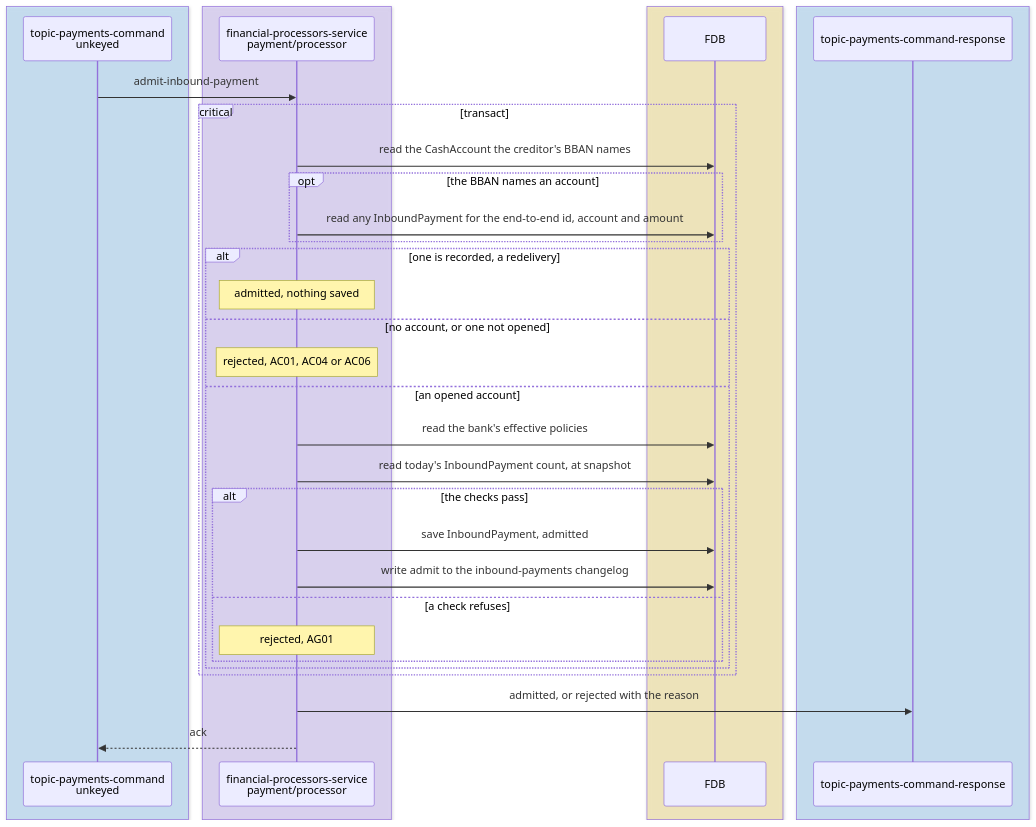
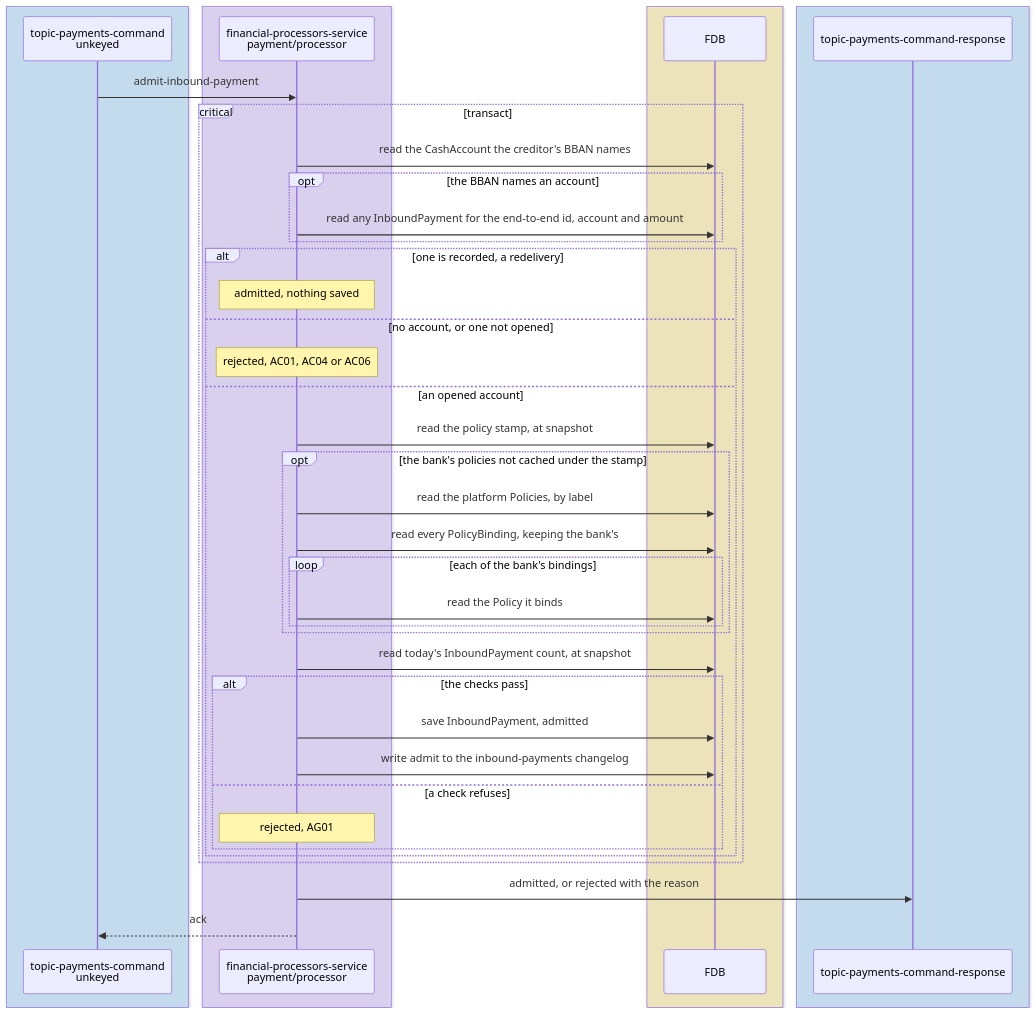
The tenth of 15 diagrams in docs/tdd/payments-inbound.md (repldriven/queenswood), drawn with Mermaid before and after one commit. The commit also changed other lines of this file and 2 other files, not shown here.

Commit message:
Draw each payment flow's FDB calls as the code makes them: balances summed from legs and a row saved only where a bucket opens, batched reads and saves, the policy stamp and the ledger account id cache, and the intent poller's limited reads, rounds and concurrent reconciles

````diff
--- a/docs/tdd/payments-inbound.md
+++ b/docs/tdd/payments-inbound.md
@@ -489,38 +539,45 @@
 ```mermaid
 sequenceDiagram
     box rgba(165, 216, 255, 0.45)
     participant PC as topic-payments-command<br/>unkeyed
     end
     box rgba(208, 191, 255, 0.45)
     participant PP as financial-processors-service<br/>payment/processor
     end
     box rgba(255, 236, 153, 0.5)
     participant DB as FDB
     end
     box rgba(165, 216, 255, 0.45)
     participant PS as topic-payments-command-response
     end
     PC->>PP: admit-inbound-payment
     critical transact
     PP->>DB: read the CashAccount the creditor's BBAN names
     opt the BBAN names an account
     PP->>DB: read any InboundPayment for the end-to-end id, account and amount
     end
     alt one is recorded, a redelivery
     Note over PP: admitted, nothing saved
     else no account, or one not opened
     Note over PP: rejected, AC01, AC04 or AC06
     else an opened account
-    PP->>DB: read the bank's effective policies
+    PP->>DB: read the policy stamp, at snapshot
+    opt the bank's policies not cached under the stamp
+    PP->>DB: read the platform Policies, by label
+    PP->>DB: read every PolicyBinding, keeping the bank's
+    loop each of the bank's bindings
+    PP->>DB: read the Policy it binds
+    end
+    end
     PP->>DB: read today's InboundPayment count, at snapshot
     alt the checks pass
     PP->>DB: save InboundPayment, admitted
     PP->>DB: write admit to the inbound-payments changelog
     else a check refuses
     Note over PP: rejected, AG01
     end
     end
     end
     PP->>PS: admitted, or rejected with the reason
     PP-->>PC: ack
 ```
````
